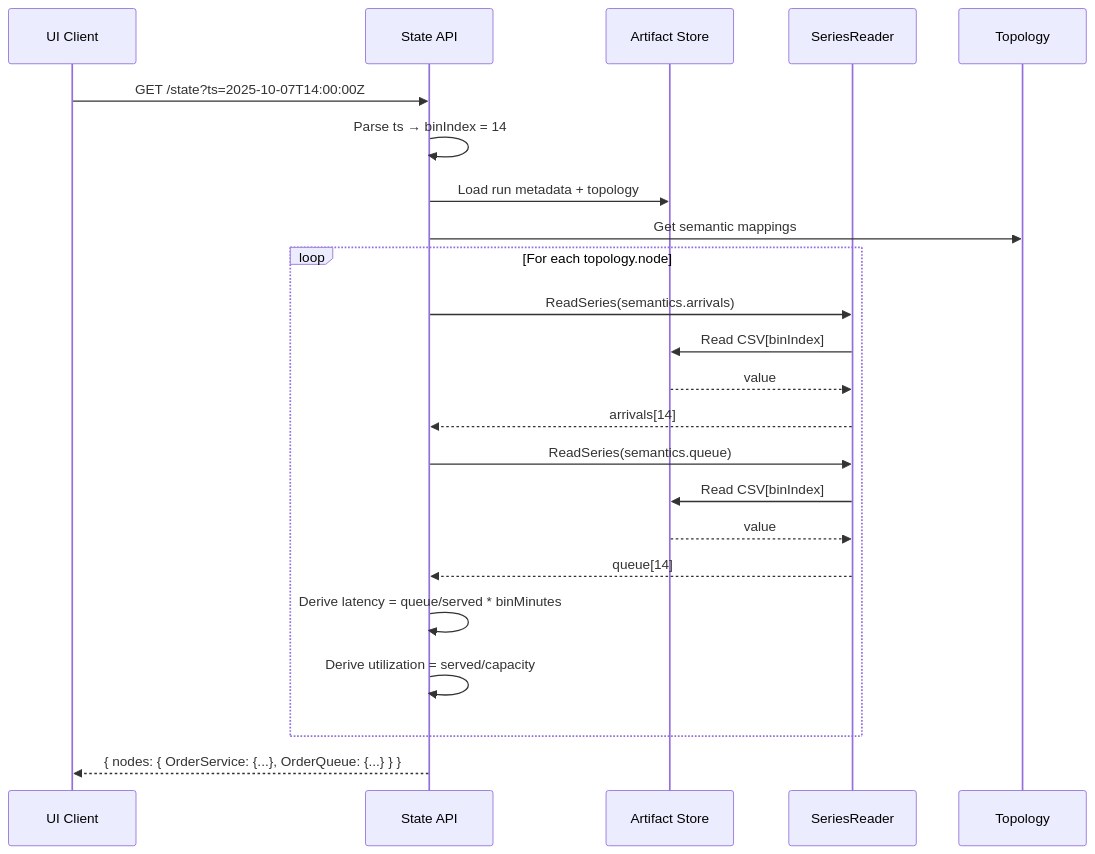
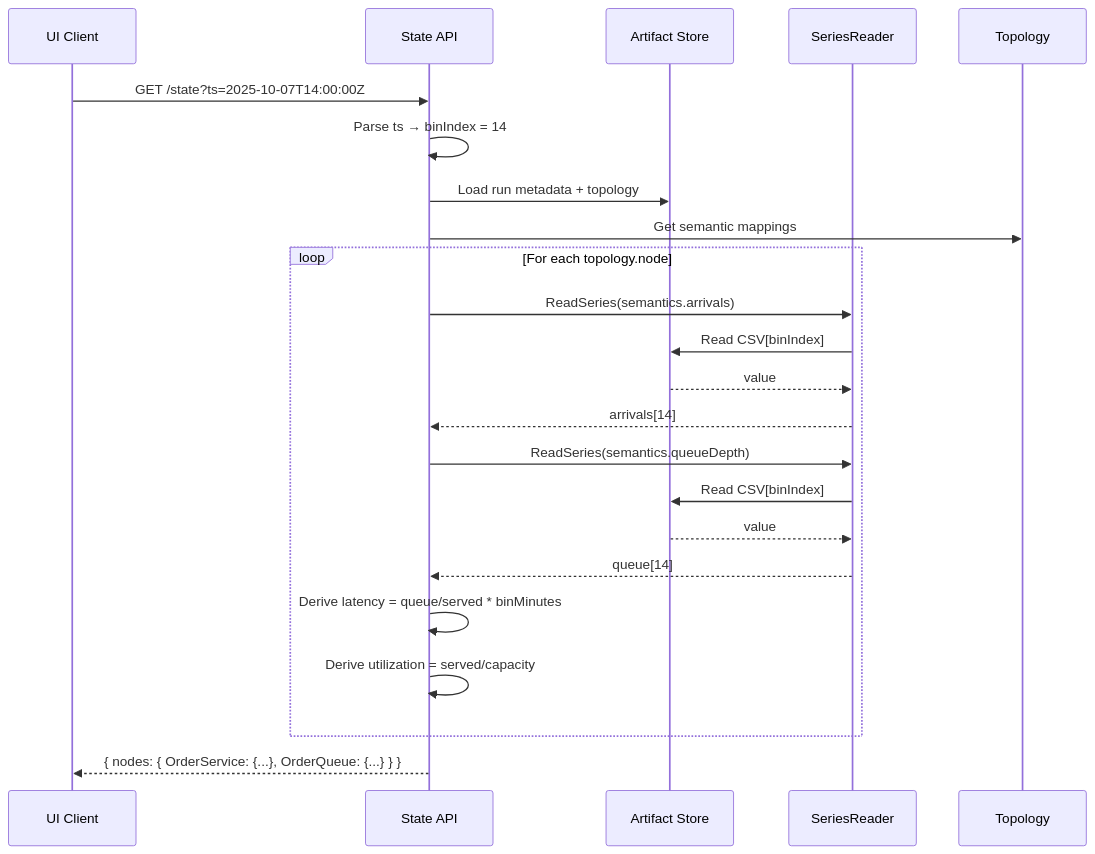
One commit to 23min/FlowTime changed the third of 7 diagrams in docs/archive/time-travel-architecture-plan-legacy.md. Above: the diagram before and after it, drawn with Mermaid. The commit also changed other lines of this file and 34 other files, not shown here.

````diff
--- a/docs/archive/time-travel-architecture-plan-legacy.md
+++ b/docs/archive/time-travel-architecture-plan-legacy.md
@@ -691,30 +691,30 @@
 ```mermaid
 sequenceDiagram
     participant UI as UI Client
     participant API as State API
     participant Artifacts as Artifact Store
     participant Reader as SeriesReader
     participant Topo as Topology
 
     UI->>API: GET /state?ts=2025-10-07T14:00:00Z
     API->>API: Parse ts → binIndex = 14
     API->>Artifacts: Load run metadata + topology
     API->>Topo: Get semantic mappings
     
     loop For each topology.node
         API->>Reader: ReadSeries(semantics.arrivals)
         Reader->>Artifacts: Read CSV[binIndex]
         Artifacts-->>Reader: value
         Reader-->>API: arrivals[14]
         
-        API->>Reader: ReadSeries(semantics.queue)
+        API->>Reader: ReadSeries(semantics.queueDepth)
         Reader->>Artifacts: Read CSV[binIndex]
         Artifacts-->>Reader: value
         Reader-->>API: queue[14]
         
         API->>API: Derive latency = queue/served * binMinutes
         API->>API: Derive utilization = served/capacity
     end
     
     API-->>UI: { nodes: { OrderService: {...}, OrderQueue: {...} } }
 ```
````
